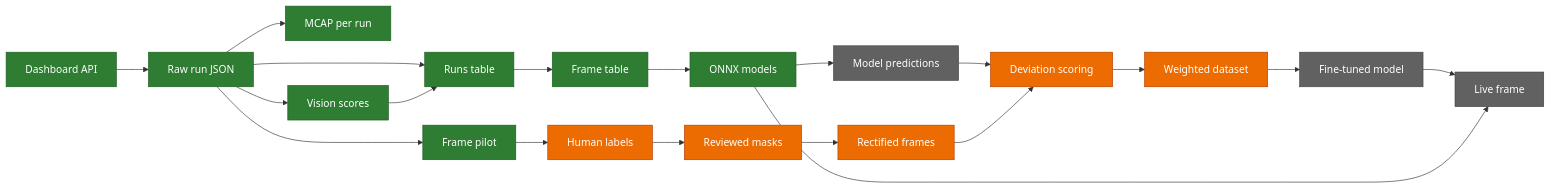
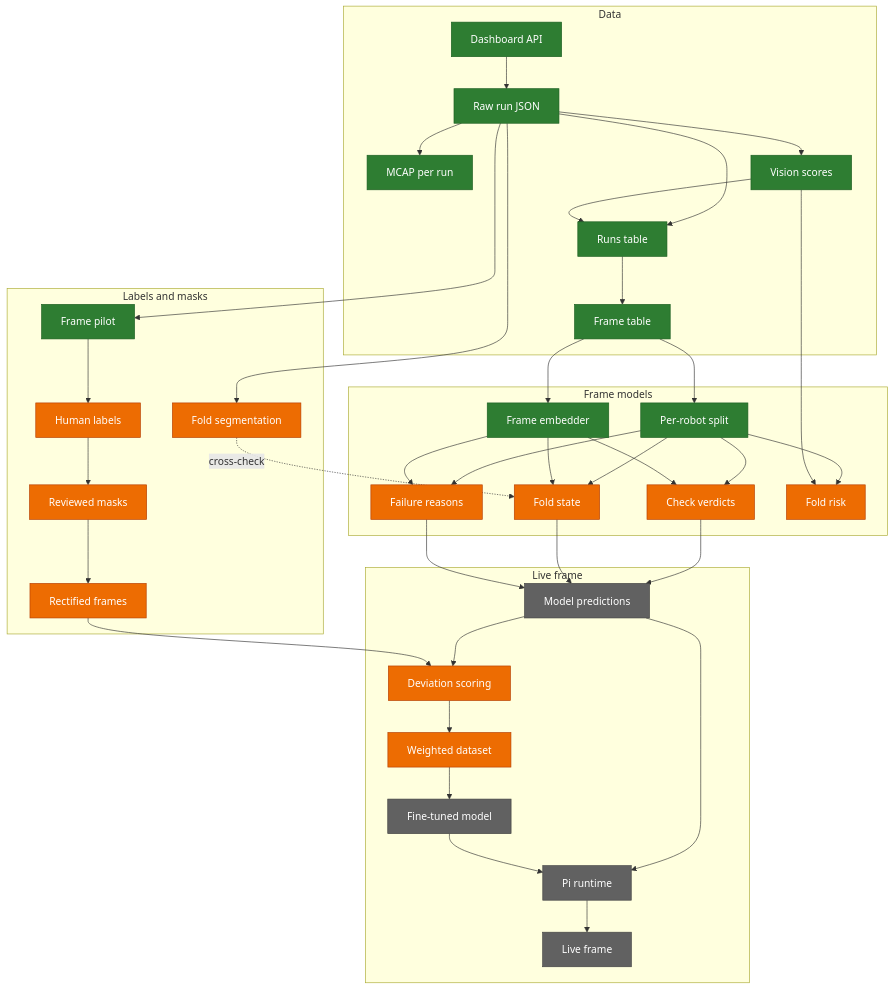
The first of 6 diagrams in readme.md (leonardoAB1/maus-crepe-insights), drawn with Mermaid before and after one commit. The commit also changed other lines of this file and 1 other file, not shown here.

Commit message:
docs: draw the status diagram top to bottom and refresh it

````diff
--- a/readme.md
+++ b/readme.md
@@ -67,29 +67,56 @@
 ```mermaid
-flowchart LR
-    api[Dashboard API] --> raw[Raw run JSON]
-    raw --> mcap[MCAP per run]
-    raw --> table[Runs table]
-    raw --> vision[Vision scores]
-    vision --> table
-    table --> frames[Frame table]
-    frames --> models[ONNX models]
-    raw --> pilot[Frame pilot]
-    pilot --> labels[Human labels]
-    labels --> masks[Reviewed masks]
-    masks --> rectified[Rectified frames]
-    models --> predict[Model predictions]
-    predict --> compare[Deviation scoring]
-    rectified --> compare
-    compare --> weights[Weighted dataset]
-    weights --> finetune[Fine-tuned model]
-    finetune --> live[Live frame]
-    models --> live
+flowchart TD
+    subgraph data[Data]
+        api[Dashboard API] --> raw[Raw run JSON]
+        raw --> mcap[MCAP per run]
+        raw --> table[Runs table]
+        raw --> vision[Vision scores]
+        vision --> table
+        table --> frames[Frame table]
+    end
+
+    subgraph frame_models[Frame models]
+        frames --> split[Per-robot split]
+        frames --> embed[Frame embedder]
+        split --> verdict[Check verdicts]
+        split --> foldstate[Fold state]
+        split --> reason[Failure reasons]
+        split --> risk[Fold risk]
+        embed --> verdict
+        embed --> foldstate
+        embed --> reason
+        vision --> risk
+    end
+
+    subgraph labels_path[Labels and masks]
+        raw --> pilot[Frame pilot]
+        pilot --> labels[Human labels]
+        labels --> masks[Reviewed masks]
+        masks --> rectified[Rectified frames]
+        raw --> foldseg[Fold segmentation]
+    end
+
+    foldseg -. cross-check .-> foldstate
+
+    subgraph live_path[Live frame]
+        verdict --> predict[Model predictions]
+        foldstate --> predict
+        reason --> predict
+        predict --> compare[Deviation scoring]
+        rectified --> compare
+        compare --> weights[Weighted dataset]
+        weights --> finetune[Fine-tuned model]
+        predict --> pi[Pi runtime]
+        finetune --> pi
+        pi --> live[Live frame]
+    end
 
     classDef done fill:#2e7d32,stroke:#1b5e20,color:#ffffff
     classDef partial fill:#ed6c02,stroke:#b53d00,color:#ffffff
     classDef todo fill:#616161,stroke:#424242,color:#ffffff
 
-    class api,raw,mcap,table,vision,frames,models,pilot done
-    class labels,masks,rectified,compare,weights partial
-    class predict,finetune,live todo
+    class api,raw,mcap,table,vision,frames,split,embed,pilot done
+    class verdict,foldstate,reason,risk,labels,masks,rectified partial
+    class foldseg,compare,weights partial
+    class predict,finetune,pi,live todo
 ```
````
